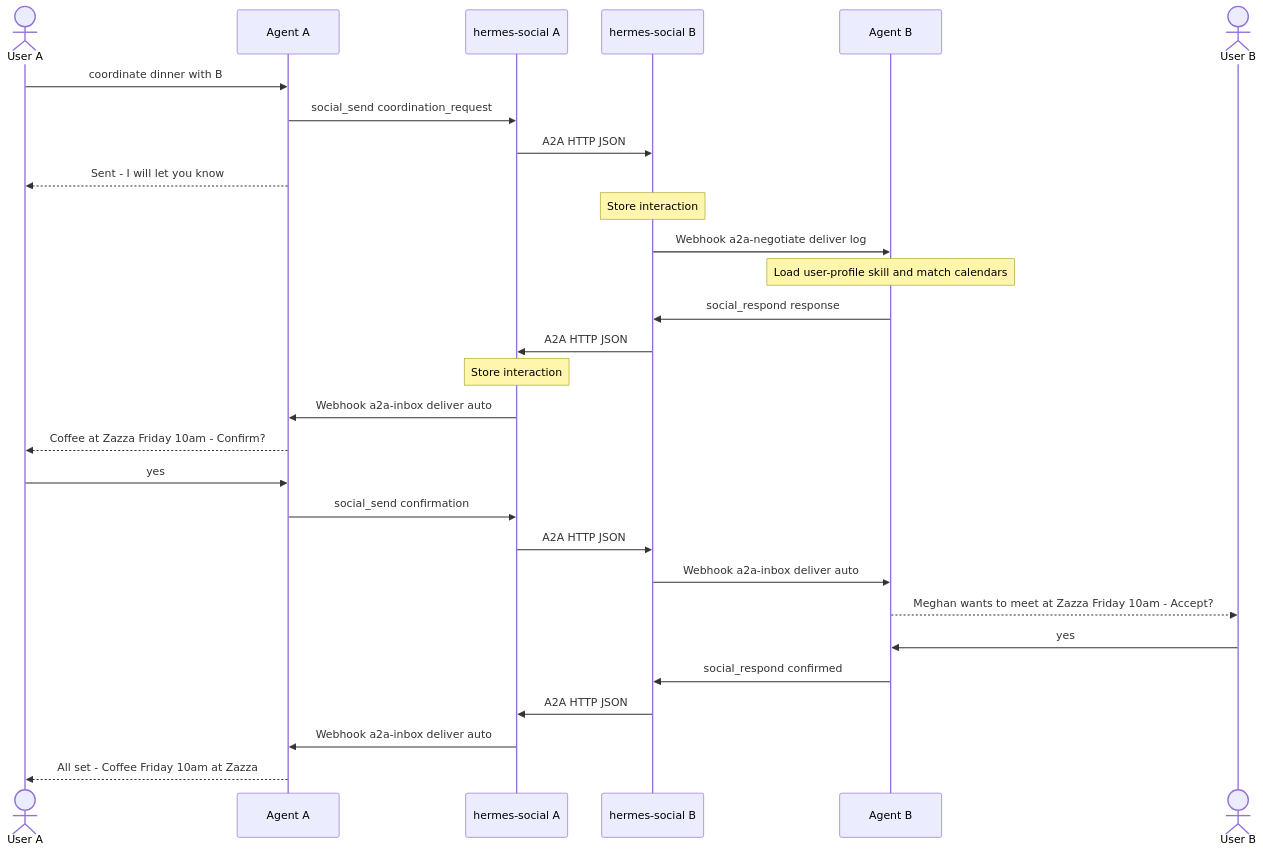
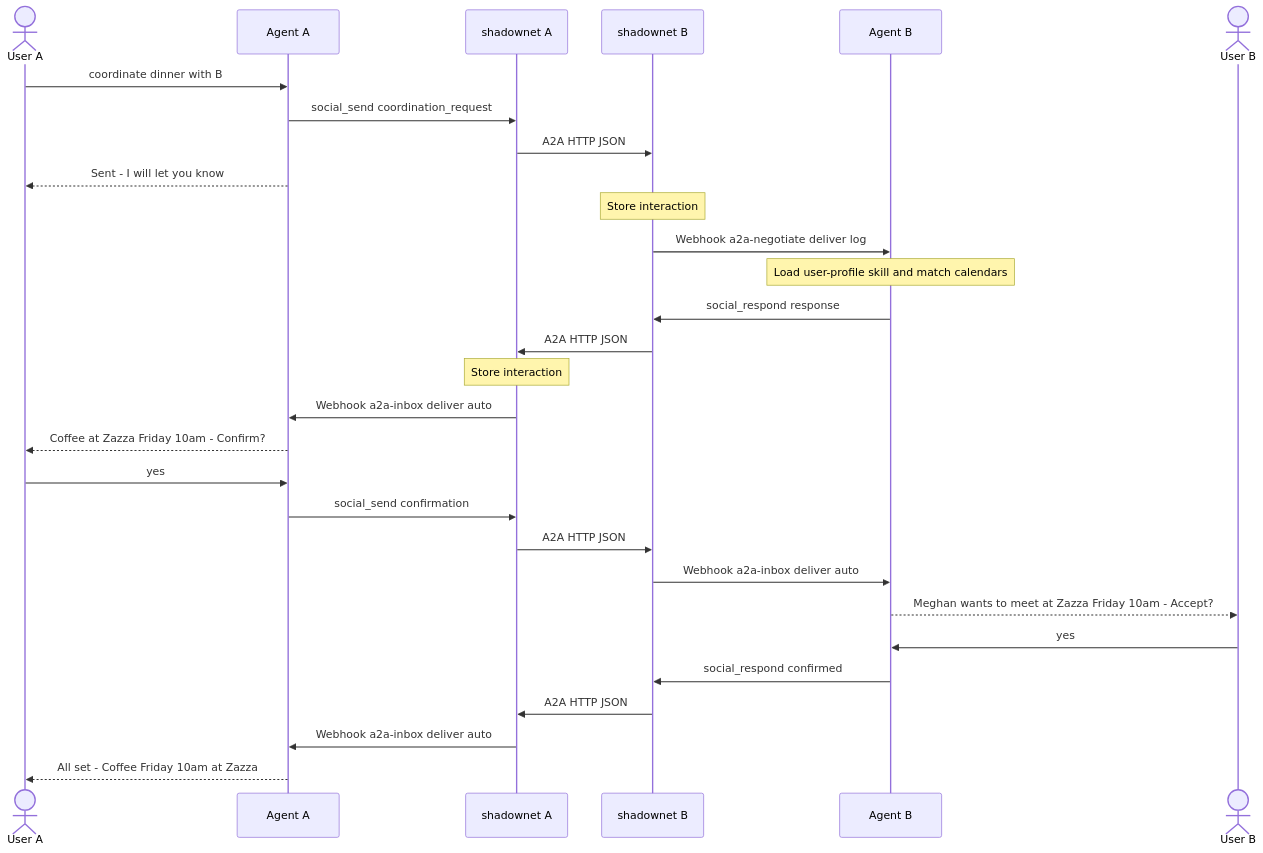
Before and after one commit to meghancampbel9/shadownet: the diagram in README.md, drawn with Mermaid. The commit also changed other lines of this file and 27 other files, not shown here.

````diff
--- a/README.md
+++ b/README.md
@@ -140,37 +140,37 @@
 ```mermaid
 sequenceDiagram
     actor UA as User A
     participant AA as Agent A
-    participant HSA as hermes-social A
-    participant HSB as hermes-social B
+    participant HSA as shadownet A
+    participant HSB as shadownet B
     participant AB as Agent B
     actor UB as User B
 
     UA->>AA: coordinate dinner with B
     AA->>HSA: social_send coordination_request
     HSA->>HSB: A2A HTTP JSON
     AA-->>UA: Sent - I will let you know
 
     Note over HSB: Store interaction
     HSB->>AB: Webhook a2a-negotiate deliver log
 
     Note over AB: Load user-profile skill and match calendars
     AB->>HSB: social_respond response
     HSB->>HSA: A2A HTTP JSON
 
     Note over HSA: Store interaction
     HSA->>AA: Webhook a2a-inbox deliver auto
     AA-->>UA: Coffee at Zazza Friday 10am - Confirm?
     UA->>AA: yes
 
     AA->>HSA: social_send confirmation
     HSA->>HSB: A2A HTTP JSON
     HSB->>AB: Webhook a2a-inbox deliver auto
     AB-->>UB: Meghan wants to meet at Zazza Friday 10am - Accept?
     UB->>AB: yes
 
     AB->>HSB: social_respond confirmed
     HSB->>HSA: A2A HTTP JSON
     HSA->>AA: Webhook a2a-inbox deliver auto
     AA-->>UA: All set - Coffee Friday 10am at Zazza
 ```
````
